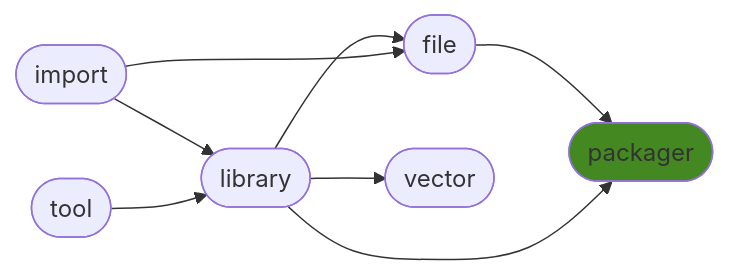
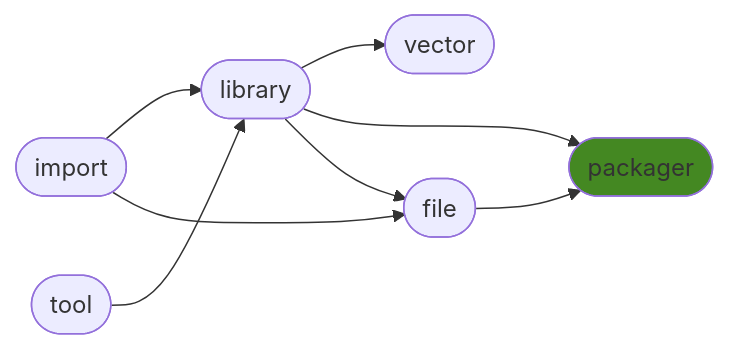
Before and after one commit to ManderaGeneral/generalpackager: the diagram in README.md, drawn with Mermaid. The commit also changed other lines of this file, not shown here.

````diff
--- a/README.md
+++ b/README.md
@@ -24,17 +24,17 @@
 ```mermaid
 flowchart LR
+0([import]) --> 2([library])
+0([import]) --> 3([file])
 2([library]) --> 4([vector])
-0([import]) --> 2([library])
+2([library]) --> 5([packager])
+1([tool]) --> 2([library])
+3([file]) --> 5([packager])
 2([library]) --> 3([file])
-3([file]) --> 5([packager])
-1([tool]) --> 2([library])
-0([import]) --> 3([file])
-2([library]) --> 5([packager])
 click 0 "https://github.com/ManderaGeneral/generalimport"
 click 1 "https://github.com/ManderaGeneral/generaltool"
 click 2 "https://github.com/ManderaGeneral/generallibrary"
 click 3 "https://github.com/ManderaGeneral/generalfile"
 click 4 "https://github.com/ManderaGeneral/generalvector"
 click 5 "https://github.com/ManderaGeneral/generalpackager"
 style 5 fill:#482
 ```
````
